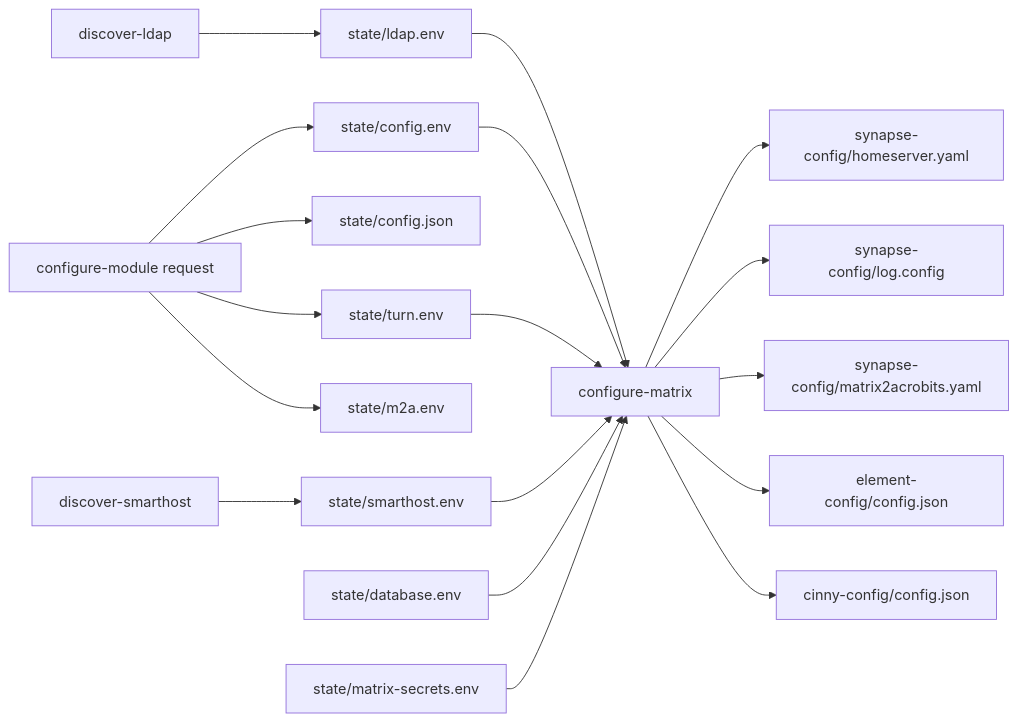
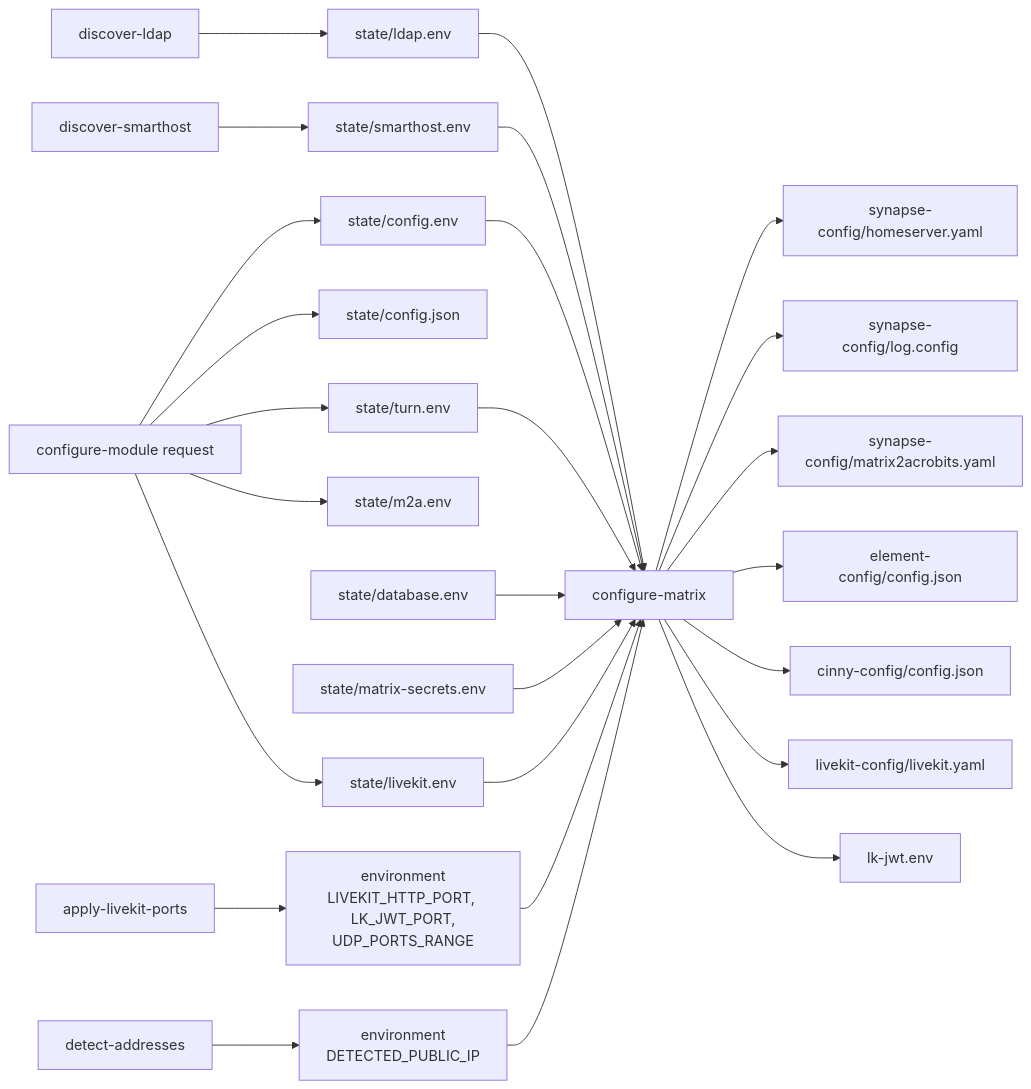
Before and after one commit to NethServer/ns8-matrix: the fourth of 5 diagrams in docs/architecture.md, drawn with Mermaid. The commit also changed other lines of this file and 31 other files, not shown here.

````diff
--- a/docs/architecture.md
+++ b/docs/architecture.md
@@ -113,21 +193,29 @@
 ```mermaid
 flowchart LR
     R[configure-module request] --> CE[state/config.env]
     R --> CJ[state/config.json]
     R --> TE[state/turn.env]
     DL[discover-ldap] --> LE[state/ldap.env]
     R --> ME[state/m2a.env]
     DS[discover-smarthost] --> SE[state/smarthost.env]
     CM[configure-matrix]
     CE --> CM
     LE --> CM
     SE --> CM
     TE --> CM
     DB[state/database.env] --> CM
     MS[state/matrix-secrets.env] --> CM
     CM --> H[synapse-config/homeserver.yaml]
     CM --> LC[synapse-config/log.config]
     CM --> A[synapse-config/matrix2acrobits.yaml]
     CM --> EC[element-config/config.json]
     CM --> CC[cinny-config/config.json]
+    DA[detect-addresses] --> DE["environment<br/>DETECTED_PUBLIC_IP"]
+    AP[apply-livekit-ports] --> UE["environment<br/>LIVEKIT_HTTP_PORT, LK_JWT_PORT,<br/>UDP_PORTS_RANGE"]
+    UE --> CM
+    R --> LV[state/livekit.env]
+    DE --> CM
+    LV --> CM
+    CM --> LY[livekit-config/livekit.yaml]
+    CM --> LJ[lk-jwt.env]
 ```
````
